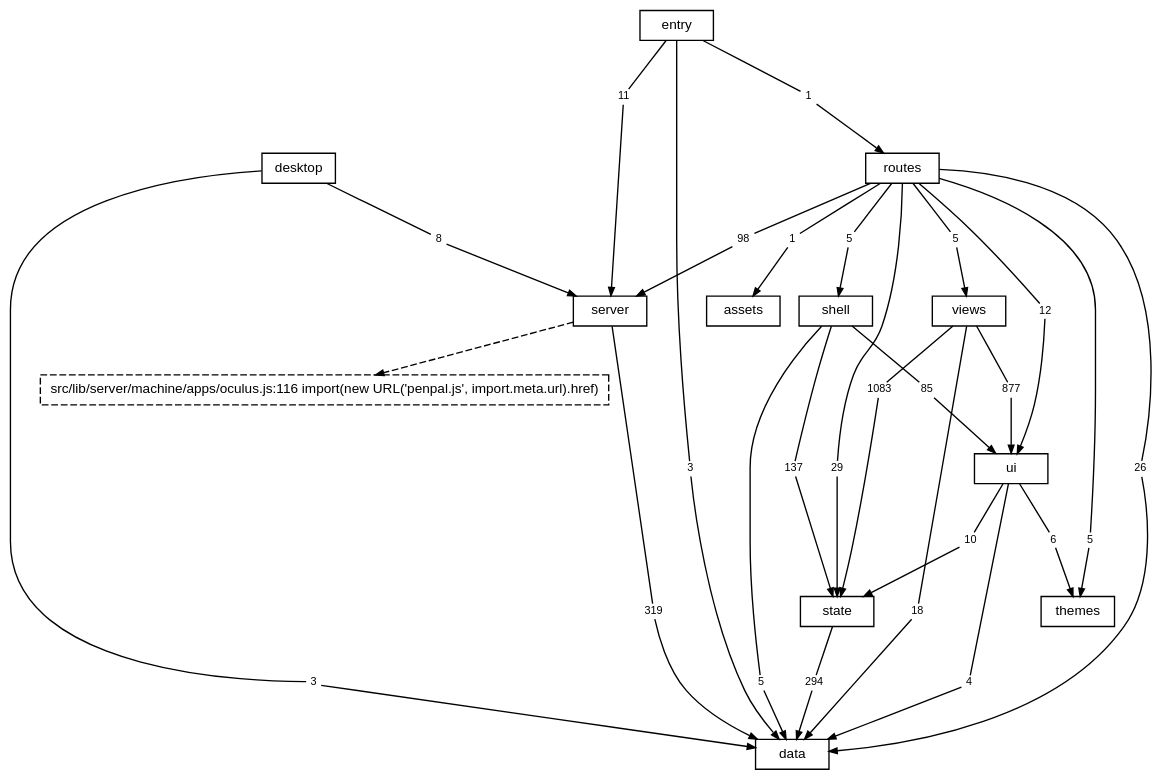
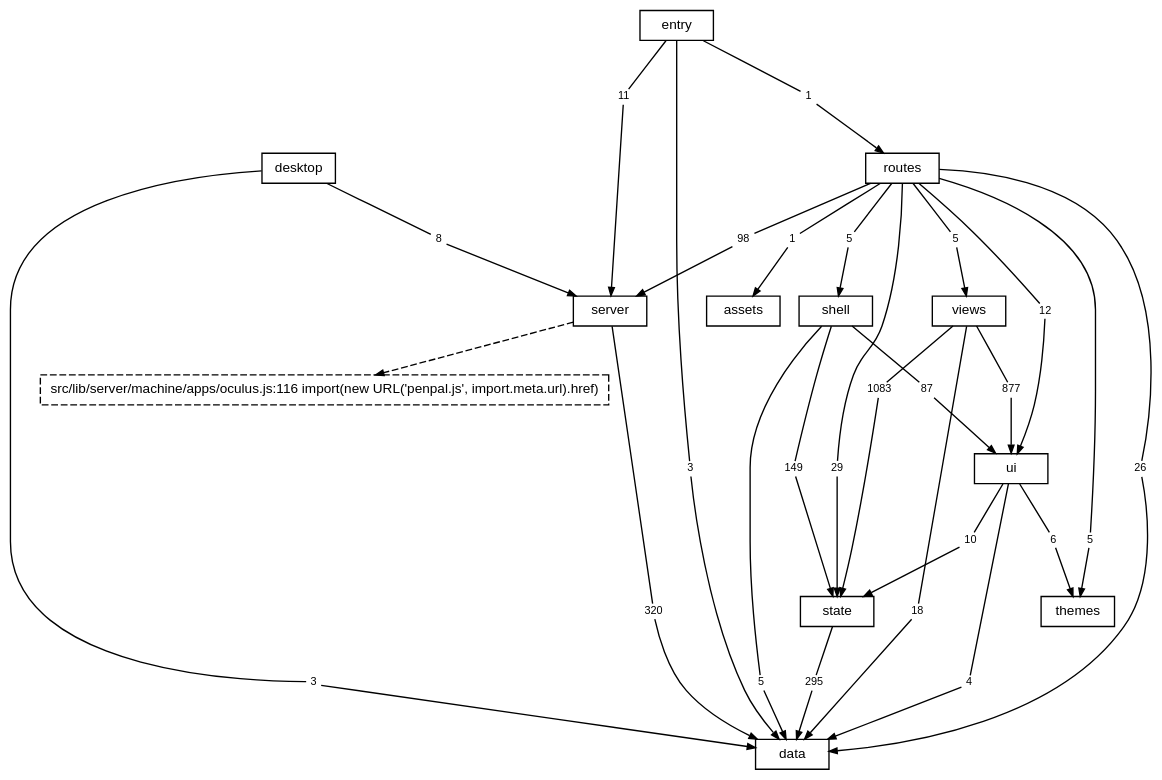
Before and after one commit to TheAxeC/oculus: the diagram in docs/diagrams/layers.dot, drawn with Graphviz. The commit also changed 63 other files, not shown here.

```diff
--- a/docs/diagrams/layers.dot
+++ b/docs/diagrams/layers.dot
@@ -1,90 +1,90 @@
 digraph layers {
     graph [bgcolor="transparent", rankdir=TB, newrank=true, fontname="Helvetica,Arial,sans-serif", fontsize=12, nodesep=0.2, ranksep=0.5];
     node [shape=box, color="black", fontcolor="black", fontname="Helvetica,Arial,sans-serif", fontsize=10, height=0.3, margin="0.12,0.04"];
     edge [color="black", fontcolor="black", fontname="Helvetica,Arial,sans-serif", fontsize=8, arrowsize=0.6];
     "data";
     "server";
     "state";
     "ui";
     "shell";
     "views";
     "themes";
     "routes";
     "desktop";
     "src" [label="entry"];
     "files: assets" [label="assets"];
     "? src/lib/server/machine/apps/oculus.js:116" [label="src/lib/server/machine/apps/oculus.js:116 import(new URL('penpal.js', import.meta.url).href)", style=dashed];
     "desktop to data" [label="3", shape=box, color="transparent", fontsize=8, width=0, height=0, margin="0.04,0.02"];
     "desktop" -> "desktop to data" [arrowhead=none];
     "desktop to data" -> "data" [];
     "desktop to server" [label="8", shape=box, color="transparent", fontsize=8, width=0, height=0, margin="0.04,0.02"];
     "desktop" -> "desktop to server" [arrowhead=none];
     "desktop to server" -> "server" [];
     "routes to data" [label="26", shape=box, color="transparent", fontsize=8, width=0, height=0, margin="0.04,0.02"];
     "routes" -> "routes to data" [arrowhead=none];
     "routes to data" -> "data" [];
     "routes to files: assets" [label="1", shape=box, color="transparent", fontsize=8, width=0, height=0, margin="0.04,0.02"];
     "routes" -> "routes to files: assets" [arrowhead=none];
     "routes to files: assets" -> "files: assets" [];
     "routes to server" [label="98", shape=box, color="transparent", fontsize=8, width=0, height=0, margin="0.04,0.02"];
     "routes" -> "routes to server" [arrowhead=none];
     "routes to server" -> "server" [];
     "routes to shell" [label="5", shape=box, color="transparent", fontsize=8, width=0, height=0, margin="0.04,0.02"];
     "routes" -> "routes to shell" [arrowhead=none];
     "routes to shell" -> "shell" [];
     "routes to state" [label="29", shape=box, color="transparent", fontsize=8, width=0, height=0, margin="0.04,0.02"];
     "routes" -> "routes to state" [arrowhead=none];
     "routes to state" -> "state" [];
     "routes to themes" [label="5", shape=box, color="transparent", fontsize=8, width=0, height=0, margin="0.04,0.02"];
     "routes" -> "routes to themes" [arrowhead=none];
     "routes to themes" -> "themes" [];
     "routes to ui" [label="12", shape=box, color="transparent", fontsize=8, width=0, height=0, margin="0.04,0.02"];
     "routes" -> "routes to ui" [arrowhead=none];
     "routes to ui" -> "ui" [];
     "routes to views" [label="5", shape=box, color="transparent", fontsize=8, width=0, height=0, margin="0.04,0.02"];
     "routes" -> "routes to views" [arrowhead=none];
     "routes to views" -> "views" [];
-    "server to data" [label="319", shape=box, color="transparent", fontsize=8, width=0, height=0, margin="0.04,0.02"];
+    "server to data" [label="320", shape=box, color="transparent", fontsize=8, width=0, height=0, margin="0.04,0.02"];
     "server" -> "server to data" [arrowhead=none];
     "server to data" -> "data" [];
     "shell to data" [label="5", shape=box, color="transparent", fontsize=8, width=0, height=0, margin="0.04,0.02"];
     "shell" -> "shell to data" [arrowhead=none];
     "shell to data" -> "data" [];
-    "shell to state" [label="137", shape=box, color="transparent", fontsize=8, width=0, height=0, margin="0.04,0.02"];
+    "shell to state" [label="149", shape=box, color="transparent", fontsize=8, width=0, height=0, margin="0.04,0.02"];
     "shell" -> "shell to state" [arrowhead=none];
     "shell to state" -> "state" [];
-    "shell to ui" [label="85", shape=box, color="transparent", fontsize=8, width=0, height=0, margin="0.04,0.02"];
+    "shell to ui" [label="87", shape=box, color="transparent", fontsize=8, width=0, height=0, margin="0.04,0.02"];
     "shell" -> "shell to ui" [arrowhead=none];
     "shell to ui" -> "ui" [];
     "src to data" [label="3", shape=box, color="transparent", fontsize=8, width=0, height=0, margin="0.04,0.02"];
     "src" -> "src to data" [arrowhead=none];
     "src to data" -> "data" [];
     "src to routes" [label="1", shape=box, color="transparent", fontsize=8, width=0, height=0, margin="0.04,0.02"];
     "src" -> "src to routes" [arrowhead=none];
     "src to routes" -> "routes" [];
     "src to server" [label="11", shape=box, color="transparent", fontsize=8, width=0, height=0, margin="0.04,0.02"];
     "src" -> "src to server" [arrowhead=none];
     "src to server" -> "server" [];
-    "state to data" [label="294", shape=box, color="transparent", fontsize=8, width=0, height=0, margin="0.04,0.02"];
+    "state to data" [label="295", shape=box, color="transparent", fontsize=8, width=0, height=0, margin="0.04,0.02"];
     "state" -> "state to data" [arrowhead=none];
     "state to data" -> "data" [];
     "ui to data" [label="4", shape=box, color="transparent", fontsize=8, width=0, height=0, margin="0.04,0.02"];
     "ui" -> "ui to data" [arrowhead=none];
     "ui to data" -> "data" [];
     "ui to state" [label="10", shape=box, color="transparent", fontsize=8, width=0, height=0, margin="0.04,0.02"];
     "ui" -> "ui to state" [arrowhead=none];
     "ui to state" -> "state" [];
     "ui to themes" [label="6", shape=box, color="transparent", fontsize=8, width=0, height=0, margin="0.04,0.02"];
     "ui" -> "ui to themes" [arrowhead=none];
     "ui to themes" -> "themes" [];
     "views to data" [label="18", shape=box, color="transparent", fontsize=8, width=0, height=0, margin="0.04,0.02"];
     "views" -> "views to data" [arrowhead=none];
     "views to data" -> "data" [];
     "views to state" [label="1083", shape=box, color="transparent", fontsize=8, width=0, height=0, margin="0.04,0.02"];
     "views" -> "views to state" [arrowhead=none];
     "views to state" -> "state" [];
     "views to ui" [label="877", shape=box, color="transparent", fontsize=8, width=0, height=0, margin="0.04,0.02"];
     "views" -> "views to ui" [arrowhead=none];
     "views to ui" -> "ui" [];
     "server" -> "? src/lib/server/machine/apps/oculus.js:116" [style=dashed];
 }
```
